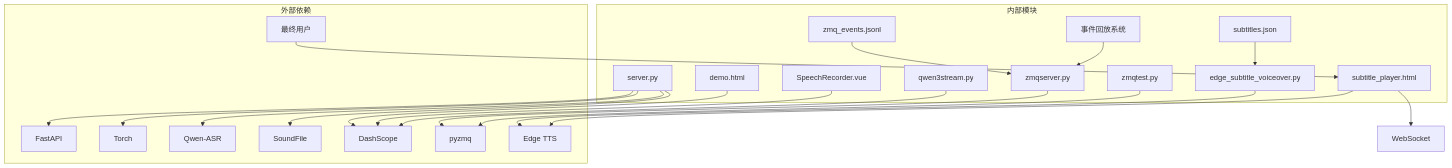
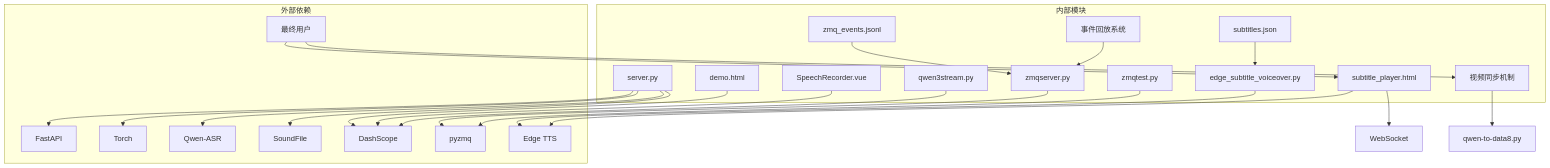
Before and after one commit to 1024dashen/Vue3Speech: diagram 12 of 19 in .qoder/repowiki/zh/content/后端服务架构/WebSocket实时处理.md, drawn with Mermaid. The commit also changed other lines of this file and 9 other files, not shown here.

````diff
--- a/.qoder/repowiki/zh/content/后端服务架构/WebSocket实时处理.md
+++ b/.qoder/repowiki/zh/content/后端服务架构/WebSocket实时处理.md
@@ -765,43 +841,47 @@
 ```mermaid
 graph TB
 subgraph "外部依赖"
 FastAPI[FastAPI]
 Torch[Torch]
 QwenASR[Qwen-ASR]
 SoundFile[SoundFile]
 DashScope[DashScope]
 PyZMQ[pyzmq]
 EdgeTTS[Edge TTS]
 EndUser[最终用户]
 end
 subgraph "内部模块"
 Server[server.py]
 Demo[demo.html]
 SubtitlePlayer[subtitle_player.html]
 Vue[SpeechRecorder.vue]
 Stream[qwen3stream.py]
 ZMQServer[zmqserver.py]
 ZMQTest[zmqtest.py]
 EventFile[zmq_events.jsonl]
 EventReplay[事件回放系统]
 EdgeVoiceover[edge_subtitle_voiceover.py]
 Subtitles[subtitles.json]
 EndUser[最终用户]
+VideoSync[视频同步机制]
+EndUser[最终用户]
 end
 Server --> FastAPI
 Server --> Torch
 Server --> QwenASR
 Server --> SoundFile
 Demo --> DashScope
 Vue --> DashScope
 Stream --> DashScope
 ZMQServer --> PyZMQ
 ZMQTest --> PyZMQ
 EventFile --> ZMQServer
 EventReplay --> ZMQServer
 EdgeVoiceover --> EdgeTTS
 Subtitles --> EdgeVoiceover
 SubtitlePlayer --> WebSocket
 SubtitlePlayer --> EdgeTTS
+VideoSync --> qwen-to-data8.py
 EndUser --> SubtitlePlayer
+EndUser --> VideoSync
 ```
````
